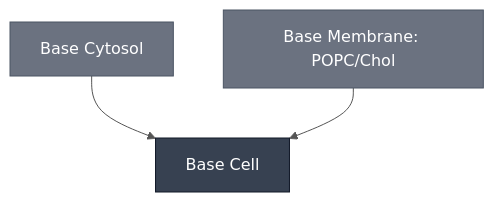
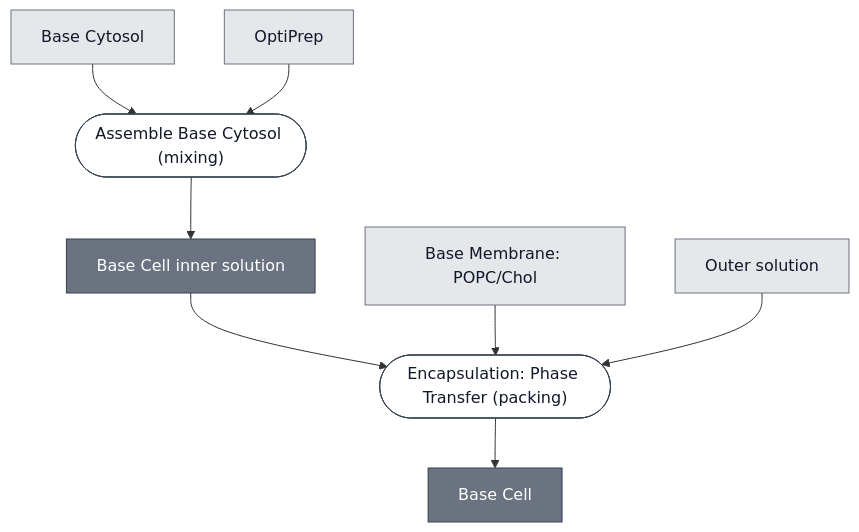
Before and after one commit to nucleus-eng/nucleus-docs: the diagram in docs/modules/base-cell/spec.md, drawn with Mermaid. The commit also changed 4 other files, not shown here.

First line of the commit message:
Regenerate two stale composition diagrams, and name the membrane by its page title

````diff
--- a/docs/modules/base-cell/spec.md
+++ b/docs/modules/base-cell/spec.md
@@ -28,19 +28,35 @@
 ```mermaid
-%%{init: {'theme': 'base', 'themeVariables': {'lineColor': '#555555', 'edgeLabelBackground': '#ffffff'}}}%%
 flowchart TD
-    BASE_CELL["Base Cell"]
+    OUTER_SOLUTION["Outer solution"]
     BASE_CYTOSOL["Base Cytosol"]
     MEMBRANE_POPC_CHOL["Base Membrane: POPC/Chol"]
+    OPTIPREP["OptiPrep"]
 
-    BASE_CYTOSOL --> BASE_CELL
-    MEMBRANE_POPC_CHOL --> BASE_CELL
+    P1_ASSEMBLE_INNER_SOLUTION_0(["Assemble Base Cytosol (mixing)"])
+    BASE_CELL_INNER_SOLUTION["Base Cell inner solution"]
+    P2_ENCAPSULATE_0(["Encapsulation: Phase Transfer (packing)"])
+    BASE_CELL["Base Cell"]
 
-    classDef constituent fill:#6B7280,color:#ffffff,stroke:#4B5563;
-    classDef this fill:#374151,color:#ffffff,stroke:#111827;
-    class BASE_CYTOSOL,MEMBRANE_POPC_CHOL constituent;
-    class BASE_CELL this;
+    BASE_CYTOSOL --> P1_ASSEMBLE_INNER_SOLUTION_0
+    OPTIPREP --> P1_ASSEMBLE_INNER_SOLUTION_0
+    P1_ASSEMBLE_INNER_SOLUTION_0 --> BASE_CELL_INNER_SOLUTION
 
-    click BASE_CELL "/docs/modules/base-cell/spec"
+    BASE_CELL_INNER_SOLUTION --> P2_ENCAPSULATE_0
+    MEMBRANE_POPC_CHOL --> P2_ENCAPSULATE_0
+    OUTER_SOLUTION --> P2_ENCAPSULATE_0
+    P2_ENCAPSULATE_0 --> BASE_CELL
+
+
+    classDef leaf     fill:#e5e7eb,stroke:#6b7280,color:#111827;
+    classDef composed fill:#6b7280,stroke:#374151,color:#ffffff;
+    classDef process  fill:#ffffff,stroke:#374151,color:#111827;
+    class OUTER_SOLUTION,BASE_CYTOSOL,MEMBRANE_POPC_CHOL,OPTIPREP leaf;
+    class BASE_CELL_INNER_SOLUTION,BASE_CELL composed;
+    class P1_ASSEMBLE_INNER_SOLUTION_0,P2_ENCAPSULATE_0 process;
+
     click BASE_CYTOSOL "/docs/modules/base-cytosol/spec"
     click MEMBRANE_POPC_CHOL "/docs/modules/membrane-popc-chol/spec"
+    click P1_ASSEMBLE_INNER_SOLUTION_0 "/docs/processes/assemble-base-cytosol/main"
+    click P2_ENCAPSULATE_0 "/docs/processes/assemble-base-cell/main"
+    click BASE_CELL "/docs/modules/base-cell/spec"
 ```
````
